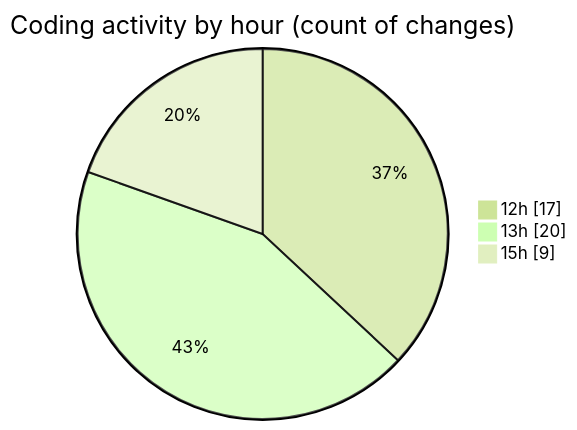
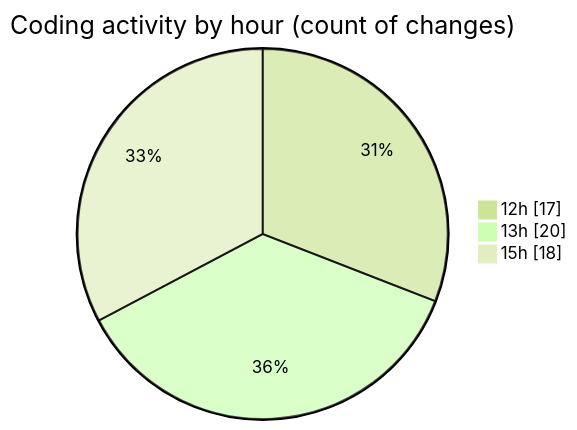
The second of 2 diagrams in 2026-03-04/nxtqube_webapp/README.md (nxtqubesakshisongat/code-tracking), drawn with Mermaid (forest theme) before and after one commit. The commit also changed other lines of this file and 1 other file, not shown here.

````diff
--- a/2026-03-04/nxtqube_webapp/README.md
+++ b/2026-03-04/nxtqube_webapp/README.md
@@ -32,7 +32,7 @@
 ```mermaid
 pie showData
 title Coding activity by hour (count of changes)
 "12h" : 17
 "13h" : 20
-"15h" : 9
+"15h" : 18
 ```
````
